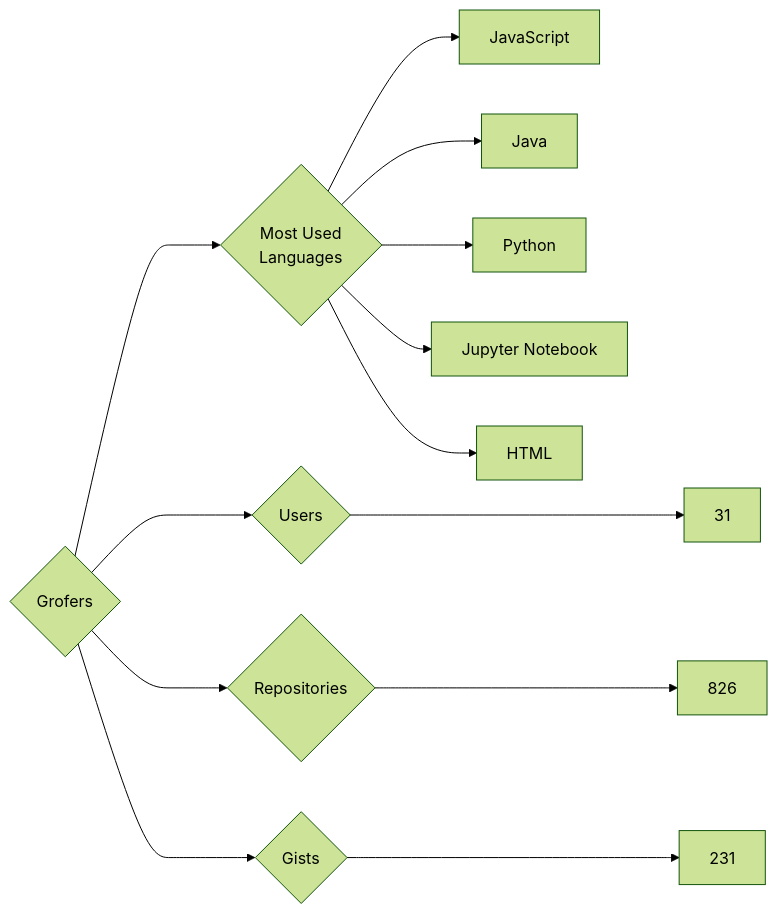
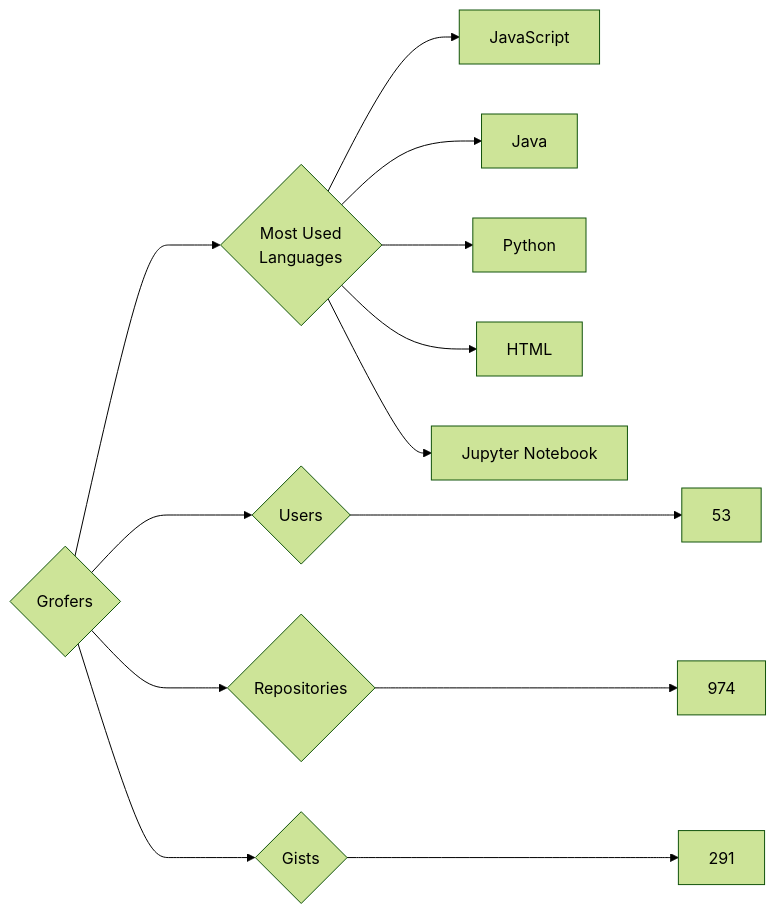
The diagram in targets/Grofers/README.md (trickest/insiders), drawn with Mermaid (forest theme) before and after one commit. The commit also changed 736 other files, not shown here.

````diff
--- a/targets/Grofers/README.md
+++ b/targets/Grofers/README.md
@@ -3,13 +3,13 @@
 ```mermaid
 graph LR
 COMPANY_NAME{Grofers}
-COMPANY_NAME ---> U{Users} ---> UN[31]
-COMPANY_NAME ---> R{Repositories} ---> RN[826]
-COMPANY_NAME ---> G{Gists} ---> GN[231]
+COMPANY_NAME ---> U{Users} ---> UN[53]
+COMPANY_NAME ---> R{Repositories} ---> RN[974]
+COMPANY_NAME ---> G{Gists} ---> GN[291]
 COMPANY_NAME ---> ML{Most Used<br>Languages}
 ML --> JavaScript[JavaScript]
 ML --> Java[Java]
 ML --> Python[Python]
+ML --> HTML[HTML]
 ML --> Jupyter_Notebook[Jupyter Notebook]
-ML --> HTML[HTML]
 ```
````
